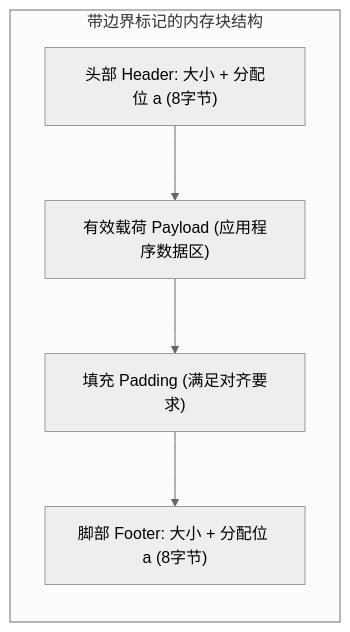
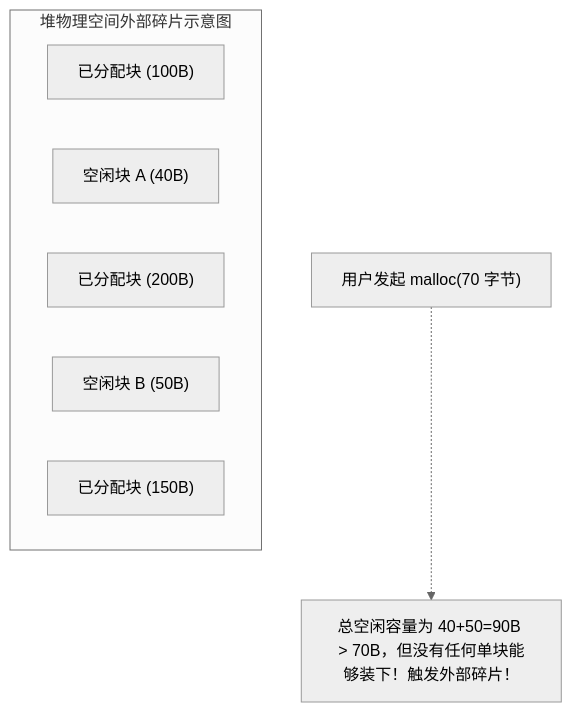
Before and after one commit to easonlines2007/easonlin-blog: the diagram in src/content/notes/CSAPP/lecture-19.md, drawn with Mermaid (neutral theme). The commit also changed other lines of this file and 230 other files, not shown here.

````diff
--- a/src/content/notes/CSAPP/lecture-19.md
+++ b/src/content/notes/CSAPP/lecture-19.md
@@ -72,10 +86,12 @@
 ```mermaid
-flowchart LR
-    subgraph Chunk["带边界标记的内存块结构"]
-        H["头部 Header: 大小 + 分配位 a (8字节)"]
-        P["有效载荷 Payload (应用程序数据区)"]
-        F["填充 Padding (满足对齐要求)"]
-        T["脚部 Footer: 大小 + 分配位 a (8字节)"]
+flowchart TD
+    subgraph Heap["堆物理空间外部碎片示意图"]
+        direction LR
+        B1["已分配块 (100B)"]
+        F1["空闲块 A (40B)"]
+        B2["已分配块 (200B)"]
+        F2["空闲块 B (50B)"]
+        B3["已分配块 (150B)"]
     end
-    H --> P --> F --> T
+    Request["用户发起 malloc(70 字节)"] -.-> Fail["总空闲容量为 40+50=90B > 70B，但没有任何单块能够装下！触发外部碎片！"]
 ```
````
